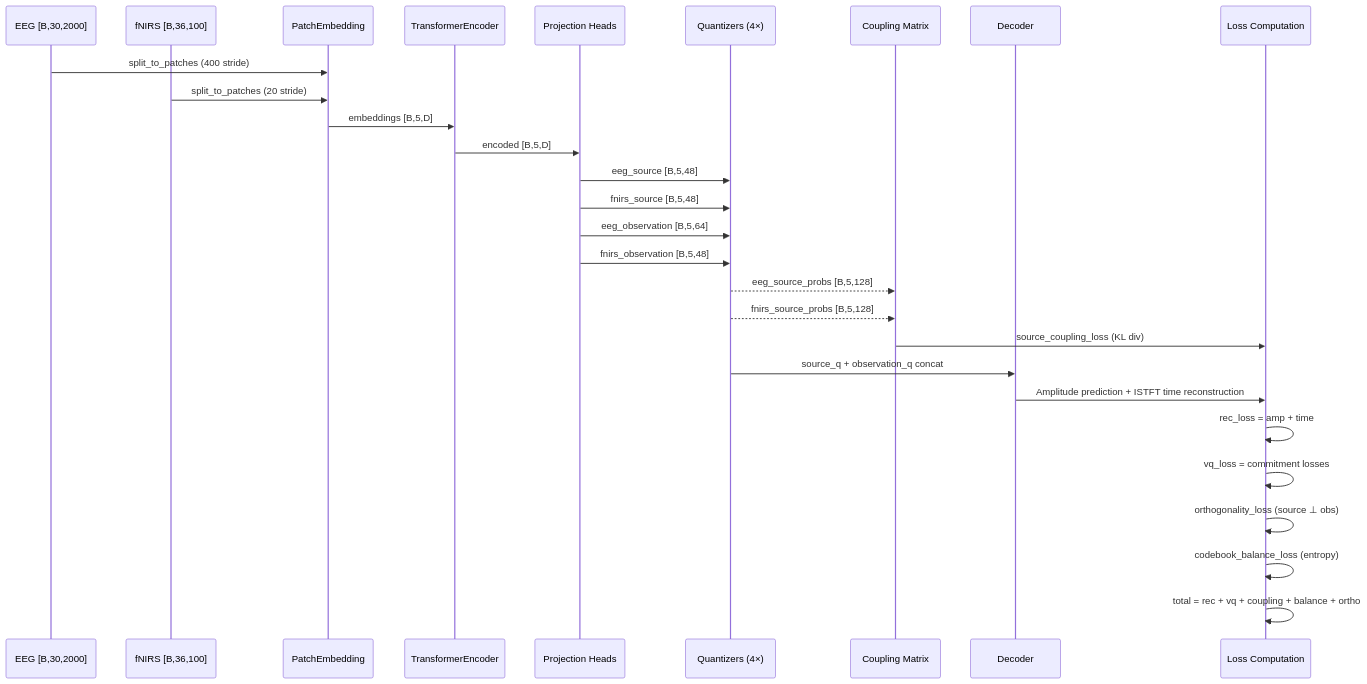
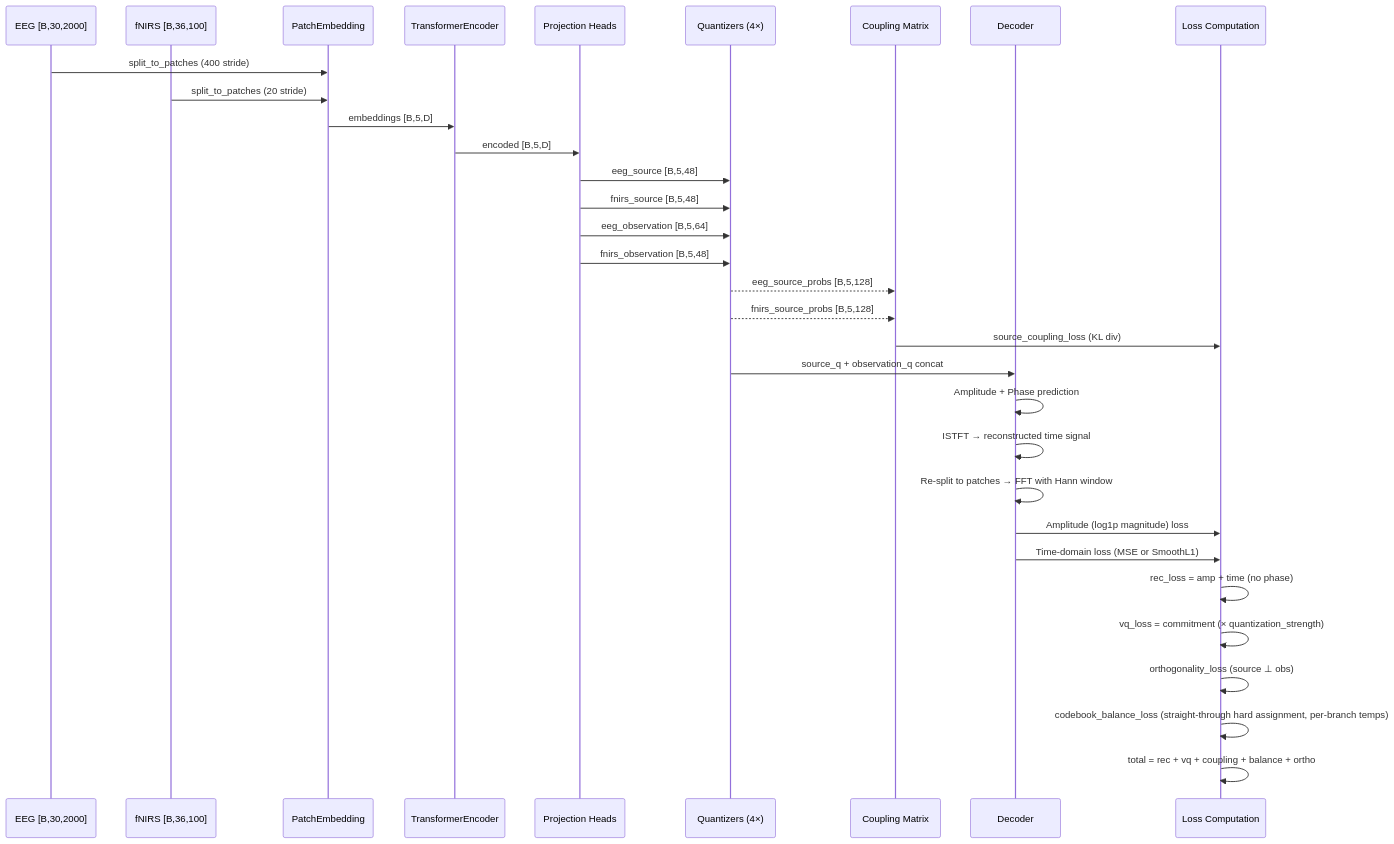
Before and after one commit to Kevin65536/PID-MCM: the second of 3 diagrams in docs/ARCHITECTURE.md, drawn with Mermaid. The commit also changed other lines of this file and 3 other files, not shown here.

Commit message:
architecture document update after gate1 successfully passed

````diff
--- a/docs/ARCHITECTURE.md
+++ b/docs/ARCHITECTURE.md
@@ -106,34 +106,38 @@
 ```mermaid
 sequenceDiagram
     participant EEG as EEG [B,30,2000]
     participant fNIRS as fNIRS [B,36,100]
     participant Patch as PatchEmbedding
     participant Enc as TransformerEncoder
     participant Proj as Projection Heads
     participant Quant as Quantizers (4×)
     participant Coup as Coupling Matrix
     participant Dec as Decoder
     participant Loss as Loss Computation
 
     EEG->>Patch: split_to_patches (400 stride)
     fNIRS->>Patch: split_to_patches (20 stride)
     Patch->>Enc: embeddings [B,5,D]
     Enc->>Proj: encoded [B,5,D]
 
     Proj->>Quant: eeg_source [B,5,48]
     Proj->>Quant: fnirs_source [B,5,48]
     Proj->>Quant: eeg_observation [B,5,64]
     Proj->>Quant: fnirs_observation [B,5,48]
 
     Quant-->>Coup: eeg_source_probs [B,5,128]
     Quant-->>Coup: fnirs_source_probs [B,5,128]
     Coup->>Loss: source_coupling_loss (KL div)
 
     Quant->>Dec: source_q + observation_q concat
-    Dec->>Loss: Amplitude prediction + ISTFT time reconstruction
-    Loss->>Loss: rec_loss = amp + time
-    Loss->>Loss: vq_loss = commitment losses
+    Dec->>Dec: Amplitude + Phase prediction
+    Dec->>Dec: ISTFT → reconstructed time signal
+    Dec->>Dec: Re-split to patches → FFT with Hann window
+    Dec->>Loss: Amplitude (log1p magnitude) loss
+    Dec->>Loss: Time-domain loss (MSE or SmoothL1)
+    Loss->>Loss: rec_loss = amp + time (no phase)
+    Loss->>Loss: vq_loss = commitment (× quantization_strength)
     Loss->>Loss: orthogonality_loss (source ⊥ obs)
-    Loss->>Loss: codebook_balance_loss (entropy)
+    Loss->>Loss: codebook_balance_loss (straight-through hard assignment, per-branch temps)
     Loss->>Loss: total = rec + vq + coupling + balance + ortho
 ```
````
